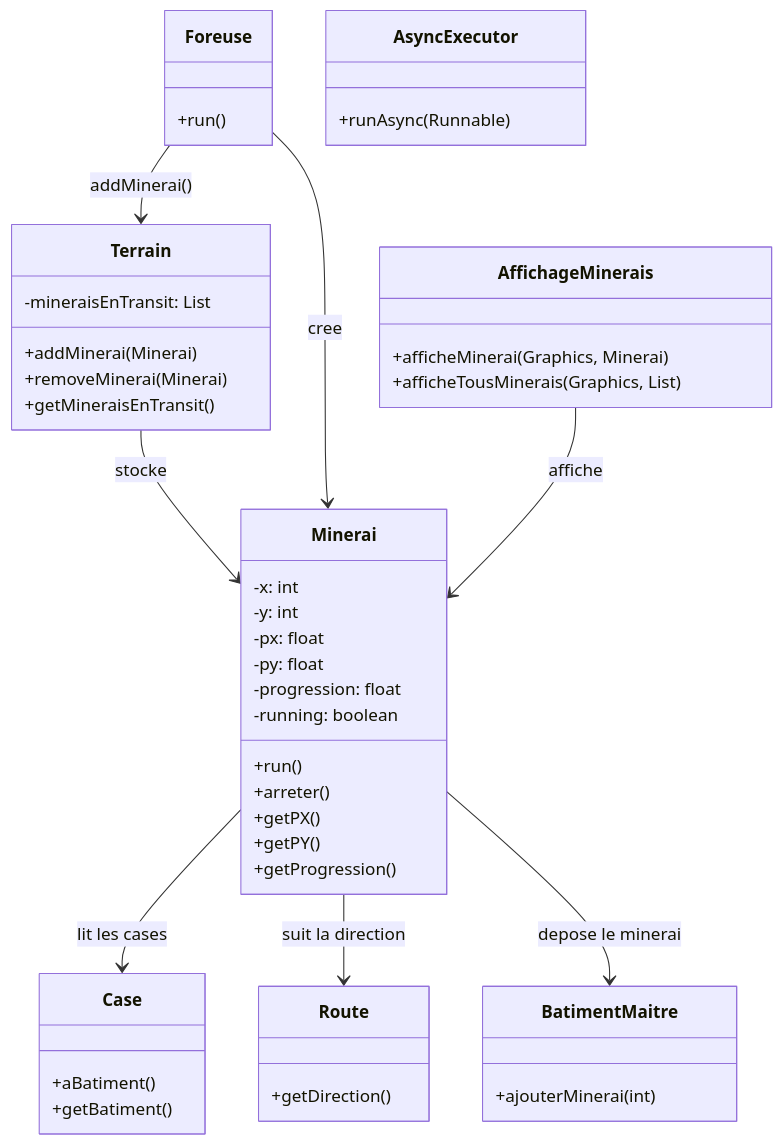
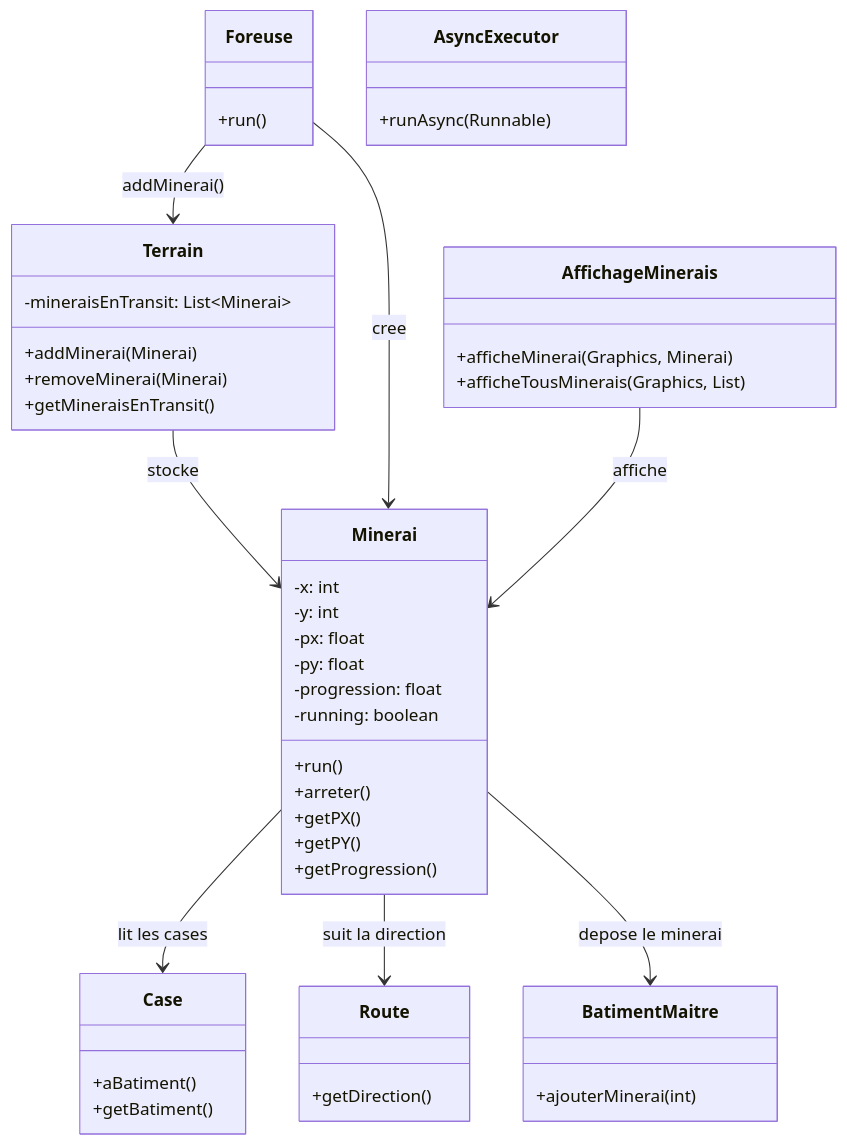
Diagram 11 of 21 in docs/Rapport.md (FattDoan/Projet-PCII-Groupe), drawn with Mermaid before and after one commit. The commit also changed other lines of this file, not shown here.

Commit message:
regla du rapport

````diff
--- a/docs/Rapport.md
+++ b/docs/Rapport.md
@@ -759,57 +759,57 @@
 ```mermaid
 classDiagram
     class Foreuse {
         +run()
     }
 
     class Minerai {
         -x: int
         -y: int
         -px: float
         -py: float
         -progression: float
         -running: boolean
         +run()
         +arreter()
         +getPX()
         +getPY()
         +getProgression()
     }
 
     class Route {
         +getDirection()
     }
 
     class BatimentMaitre {
         +ajouterMinerai(int)
     }
 
     class Case {
         +aBatiment()
         +getBatiment()
     }
 
     class Terrain {
-        -mineraisEnTransit: List<Minerai>
+        -mineraisEnTransit: List~Minerai~
         +addMinerai(Minerai)
         +removeMinerai(Minerai)
         +getMineraisEnTransit()
     }
 
     class AsyncExecutor {
         +runAsync(Runnable)
     }
 
     class AffichageMinerais {
         +afficheMinerai(Graphics, Minerai)
         +afficheTousMinerais(Graphics, List)  
     }
 
     Foreuse --> Terrain : addMinerai()
     Terrain --> Minerai : stocke
     Foreuse --> Minerai : cree
     Minerai --> Case : lit les cases
     Minerai --> Route : suit la direction
     Minerai --> BatimentMaitre : depose le minerai
     AffichageMinerais --> Minerai : affiche
 ```
````
